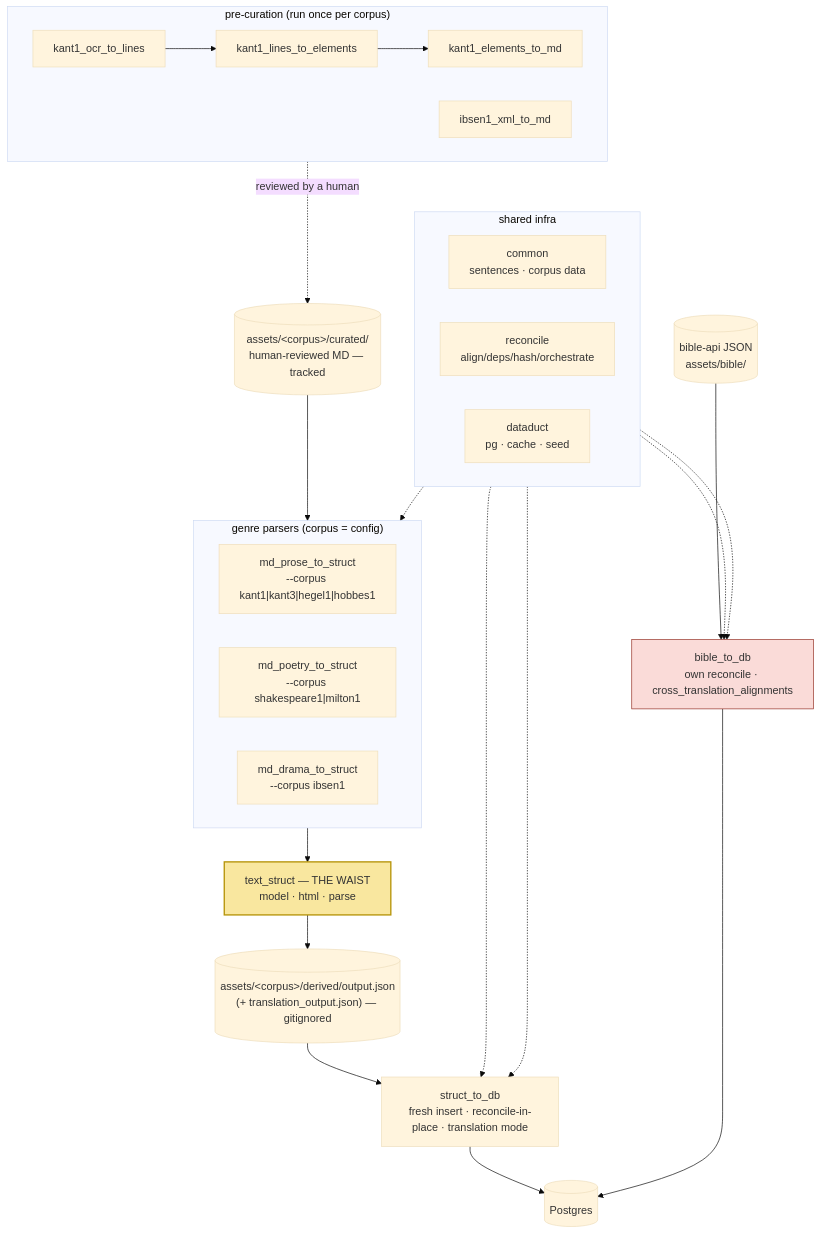
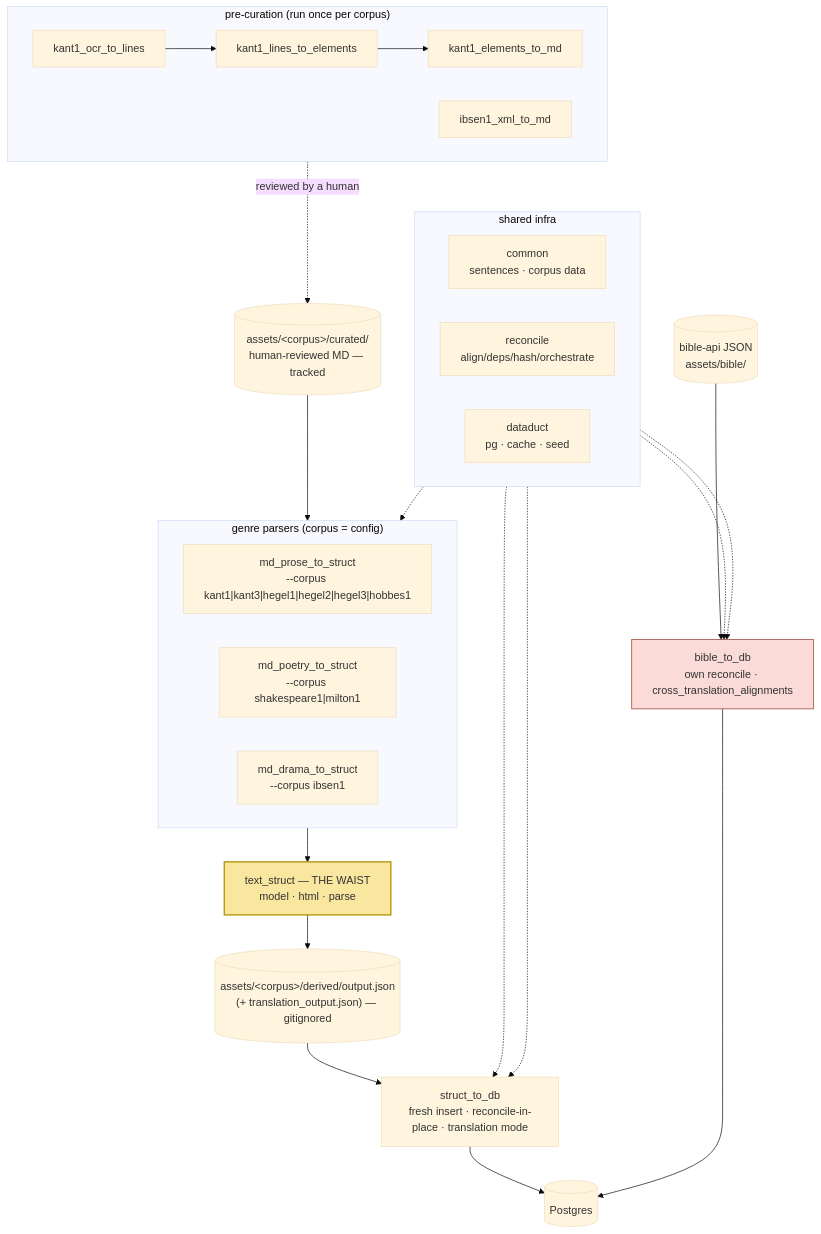
Before and after one commit to scholia-study/scholia: the first of 2 diagrams in docs/architecture/overview.md, drawn with Mermaid (base theme). The commit also changed other lines of this file and 826 other files, not shown here.

````diff
--- a/docs/architecture/overview.md
+++ b/docs/architecture/overview.md
@@ -86,51 +86,51 @@
 ```mermaid
 flowchart TB
     subgraph pre ["pre-curation (run once per corpus)"]
         direction LR
         ocr["kant1_ocr_to_lines"] --> lines["kant1_lines_to_elements"] --> elem["kant1_elements_to_md"]
         tei["ibsen1_xml_to_md"]
     end
 
     curated[("assets/&lt;corpus&gt;/curated/<br/>human-reviewed MD — tracked")]
     pre -. "reviewed by a human" .-> curated
 
     subgraph parsers ["genre parsers (corpus = config)"]
         direction LR
-        prose["md_prose_to_struct<br/>--corpus kant1|kant3|hegel1|hobbes1"]
+        prose["md_prose_to_struct<br/>--corpus kant1|kant3|hegel1|hegel2|hegel3|hobbes1"]
         poetry["md_poetry_to_struct<br/>--corpus shakespeare1|milton1"]
         drama["md_drama_to_struct<br/>--corpus ibsen1"]
     end
 
     curated --> parsers
 
     waist["text_struct — THE WAIST<br/>model · html · parse"]
     parsers --> waist
 
     derived[("assets/&lt;corpus&gt;/derived/output.json<br/>(+ translation_output.json) — gitignored")]
     waist --> derived
 
     importer["struct_to_db<br/>fresh insert · reconcile-in-place · translation mode"]
     derived --> importer
 
     pg[(Postgres)]
     importer --> pg
 
     bibleapi[("bible-api JSON<br/>assets/bible/")] --> bible["bible_to_db<br/>own reconcile · cross_translation_alignments"]
     bible --> pg
 
     subgraph infra ["shared infra"]
         direction LR
         common["common<br/>sentences · corpus data"]
         reconcile["reconcile<br/>align/deps/hash/orchestrate"]
         dataduct["dataduct<br/>pg · cache · seed"]
     end
 
     common -.-> parsers
     reconcile -.-> importer
     reconcile -.-> bible
     dataduct -.-> importer
     dataduct -.-> bible
 
     style waist fill:#f9e79f,stroke:#b7950b,stroke-width:2px
     style bible fill:#fadbd8,stroke:#943126
 ```
````
